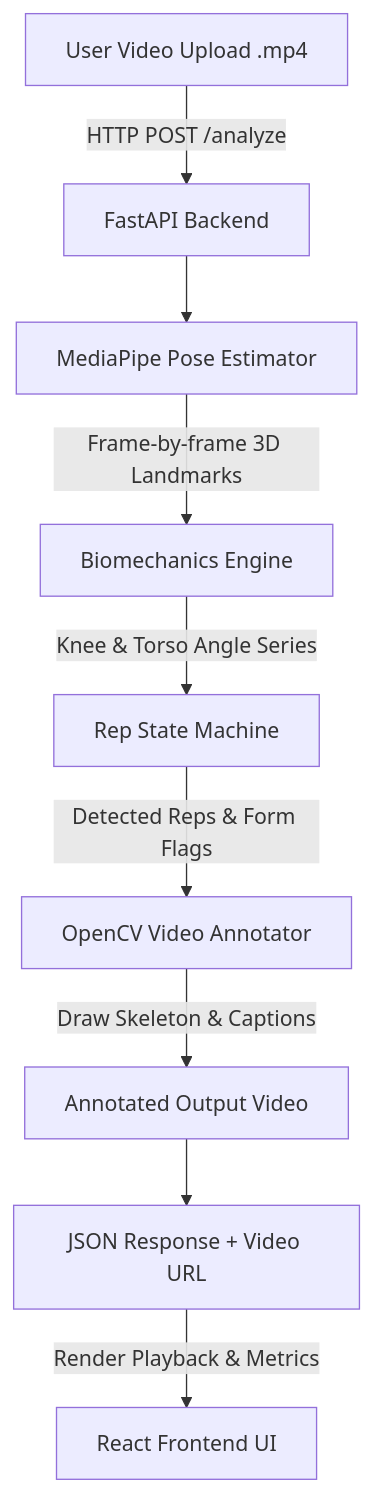
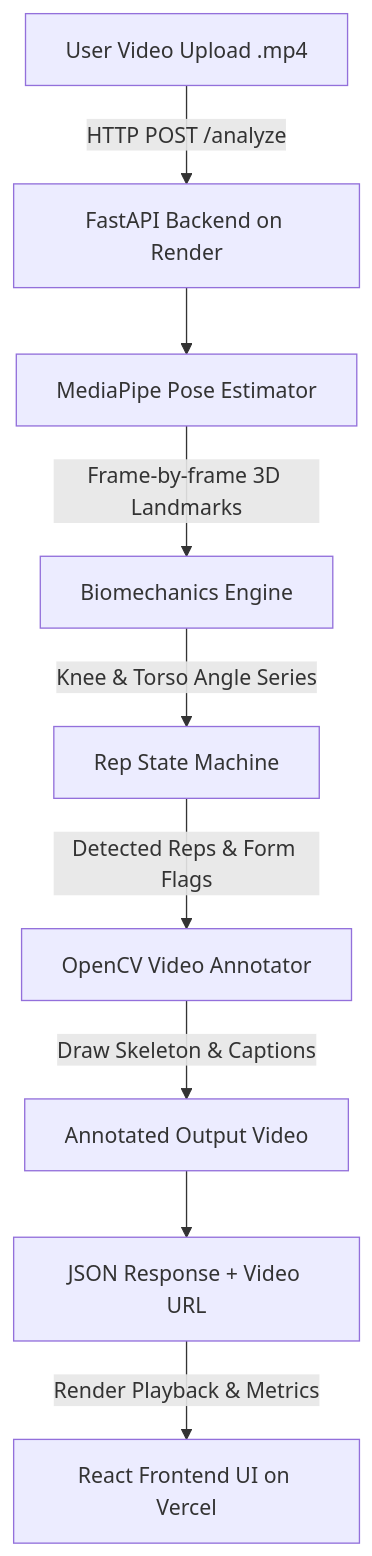
Before and after one commit to GaurangMangla/FormCheck: the diagram in README.md, drawn with Mermaid. The commit also changed other lines of this file, not shown here.

````diff
--- a/README.md
+++ b/README.md
@@ -39,11 +48,11 @@
 ```mermaid
 flowchart TD
-    A[User Video Upload .mp4] -->|HTTP POST /analyze| B[FastAPI Backend]
+    A[User Video Upload .mp4] -->|HTTP POST /analyze| B[FastAPI Backend on Render]
     B --> C[MediaPipe Pose Estimator]
     C -->|Frame-by-frame 3D Landmarks| D[Biomechanics Engine]
     D -->|Knee & Torso Angle Series| E[Rep State Machine]
     E -->|Detected Reps & Form Flags| F[OpenCV Video Annotator]
     F -->|Draw Skeleton & Captions| G[Annotated Output Video]
     G --> H[JSON Response + Video URL]
-    H -->|Render Playback & Metrics| I[React Frontend UI]
+    H -->|Render Playback & Metrics| I[React Frontend UI on Vercel]
 ```
````
